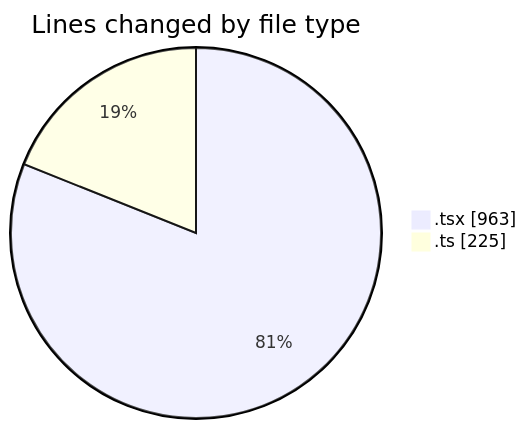
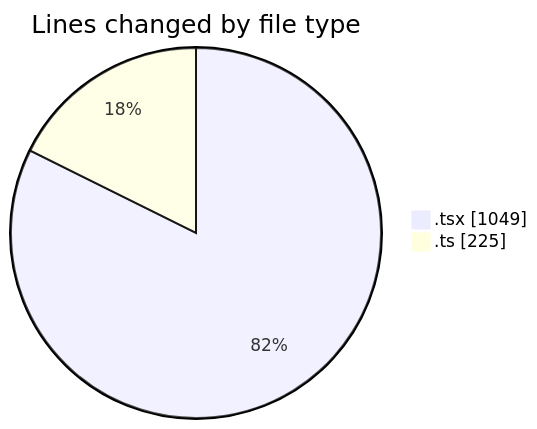
The first of 2 diagrams in 2025-03-19/peregrino-web/README.md (robertbonfada/code-tracking), drawn with Mermaid before and after one commit. The commit also changed other lines of this file and 1 other file, not shown here.

````diff
--- a/2025-03-19/peregrino-web/README.md
+++ b/2025-03-19/peregrino-web/README.md
@@ -37,6 +38,6 @@
 ```mermaid
 pie showData
 title Lines changed by file type
-".tsx" : 963
+".tsx" : 1049
 ".ts" : 225
 ```
````
